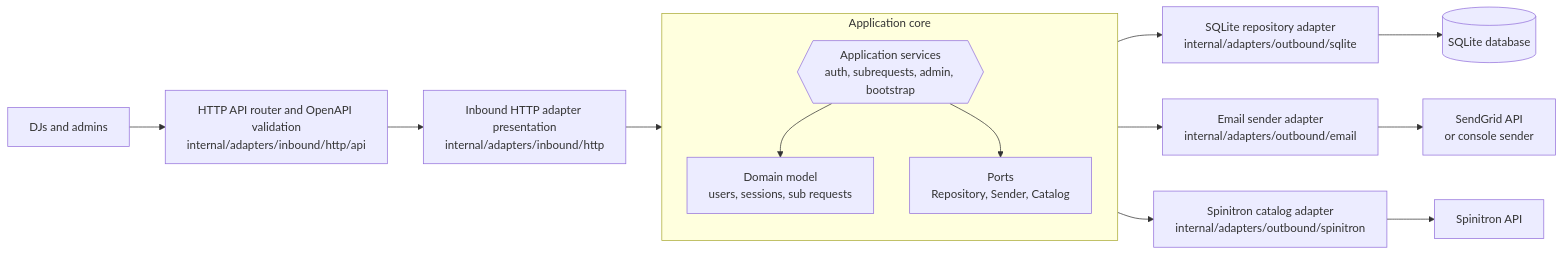
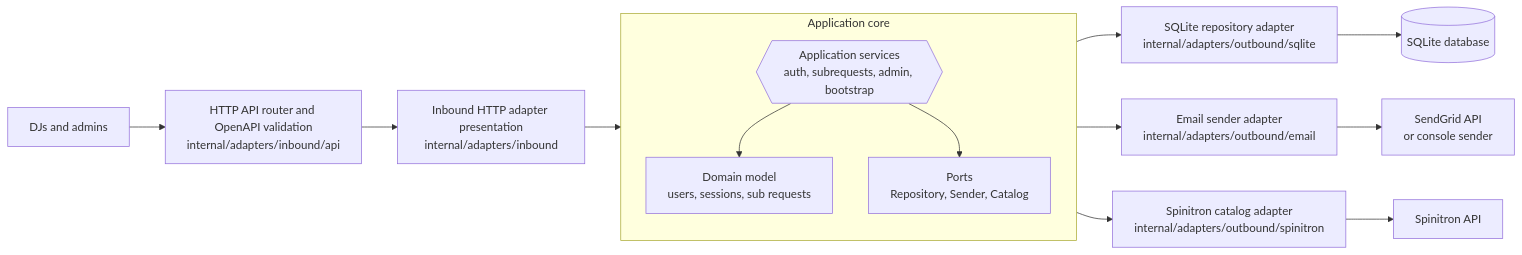
The diagram in README.md (dctalbot/air-cover), drawn with Mermaid before and after one commit. The commit also changed other lines of this file and 40 other files, not shown here.

````diff
--- a/README.md
+++ b/README.md
@@ -14,24 +14,24 @@
 ```mermaid
 flowchart LR
-    user["DJs and admins"] --> api["HTTP API router and OpenAPI validation<br/>internal/adapters/inbound/http/api"]
-    api --> http["Inbound HTTP adapter presentation<br/>internal/adapters/inbound/http"]
+    user["DJs and admins"] --> api["HTTP API router and OpenAPI validation<br/>internal/adapters/inbound/api"]
+    api --> http["Inbound HTTP adapter presentation<br/>internal/adapters/inbound"]
 
     subgraph core["Application core"]
         direction TB
         services{{"Application services<br/>auth, subrequests, admin, bootstrap"}}
         domain["Domain model<br/>users, sessions, sub requests"]
         ports["Ports<br/>Repository, Sender, Catalog"]
 
         services --> domain
         services --> ports
     end
 
     http --> services
     ports --> sqlite["SQLite repository adapter<br/>internal/adapters/outbound/sqlite"]
     ports --> email["Email sender adapter<br/>internal/adapters/outbound/email"]
     ports --> spinitron["Spinitron catalog adapter<br/>internal/adapters/outbound/spinitron"]
 
     sqlite --> db[("SQLite database")]
     email --> sendgrid["SendGrid API<br/>or console sender"]
     spinitron --> spinitronApi["Spinitron API"]
 ```
````
